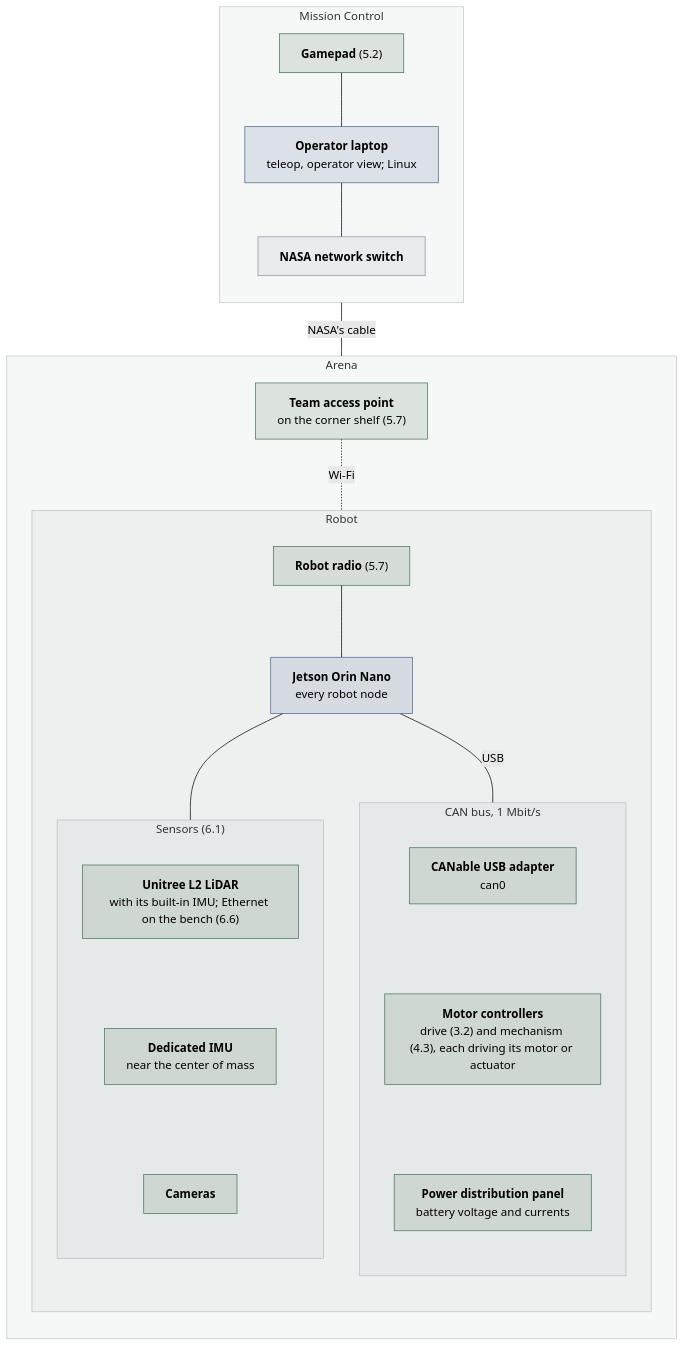
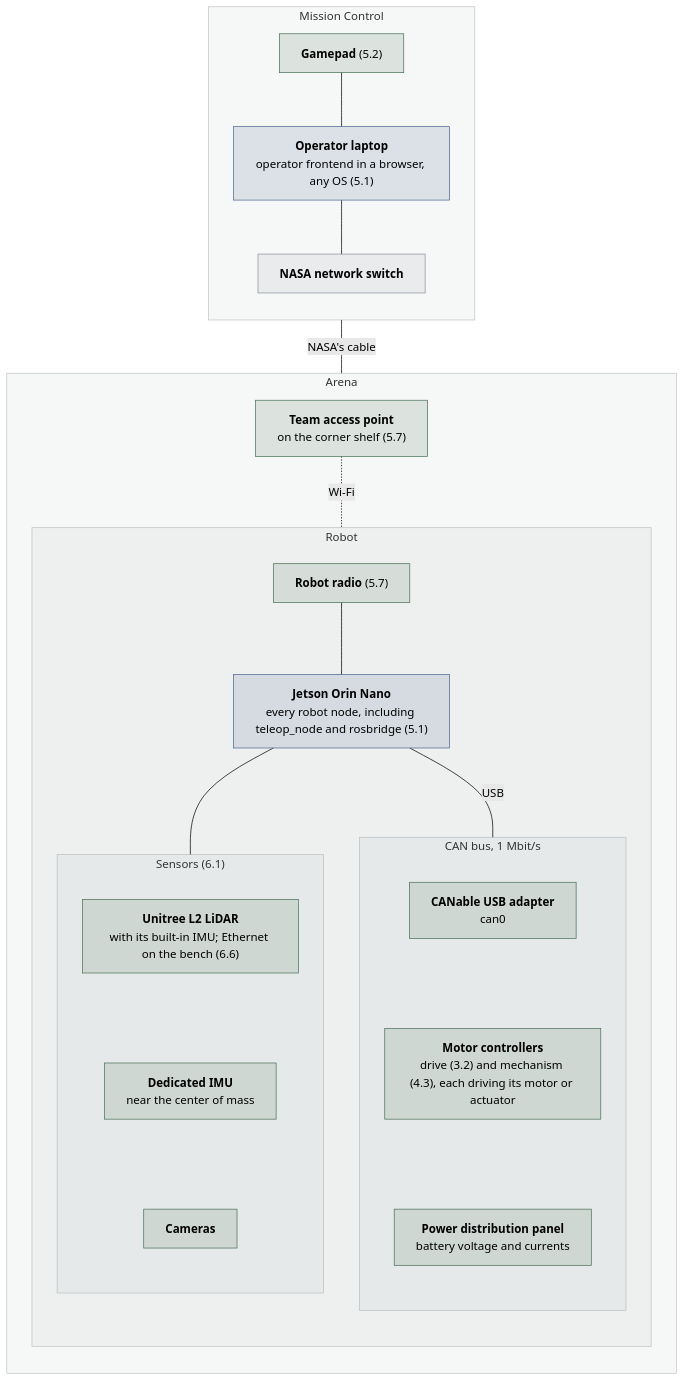
One commit to STAR-Robotics-Team/starrt-luna-software changed the first of 2 diagrams in docs/design/system.md. Above: the diagram before and after it, drawn with Mermaid (forest theme). The commit also changed other lines of this file and 3 other files, not shown here.

First line of the commit message:
Match the design docs to the rosbridge operator station

````diff
--- a/docs/design/system.md
+++ b/docs/design/system.md
@@ -137,58 +137,58 @@
 ```mermaid
 ---
 config:
   flowchart:
     wrappingWidth: 240
 ---
 flowchart TB
   subgraph mcc["Mission Control"]
     direction TB
     pad["`**Gamepad** (5.2)`"] --- laptop["`**Operator laptop**
-teleop, operator view; Linux`"]
+operator frontend in a browser, any OS (5.1)`"]
     laptop --- sw["`**NASA network switch**`"]
   end
   subgraph arena["Arena"]
     direction TB
     ap["`**Team access point**
 on the corner shelf (5.7)`"]
     subgraph robot["Robot"]
       direction TB
       radio["`**Robot radio** (5.7)`"] --- jetson["`**Jetson Orin Nano**
-every robot node`"]
+every robot node, including teleop_node and rosbridge (5.1)`"]
       jetson ---|USB| can
       subgraph can["CAN bus, 1 Mbit/s"]
         direction TB
         canable["`**CANable USB adapter**
 can0`"]
         ctrl["`**Motor controllers**
 drive (3.2) and mechanism (4.3), each driving its motor or actuator`"]
         pdp["`**Power distribution panel**
 battery voltage and currents`"]
         canable ~~~ ctrl ~~~ pdp
       end
       jetson --- sensors
       subgraph sensors["Sensors (6.1)"]
         direction TB
         lidar["`**Unitree L2 LiDAR**
 with its built-in IMU; Ethernet on the bench (6.6)`"]
         imu["`**Dedicated IMU**
 near the center of mass`"]
         cams["`**Cameras**`"]
         lidar ~~~ imu ~~~ cams
       end
     end
   end
   sw ---|NASA's cable| ap
   ap -.-|Wi-Fi| radio
   classDef ours fill:#4c669026,stroke:#4c6690
   classDef nasa fill:#8b939c1f,stroke:#8b939c
   classDef hw fill:#4a725926,stroke:#4a7259
   class laptop,jetson ours
   class sw nasa
   class pad,ap,radio,canable,ctrl,pdp,lidar,imu,cams hw
   style mcc fill:#8b939c14,stroke:#8b939c80
   style arena fill:#8b939c14,stroke:#8b939c80
   style robot fill:#8b939c14,stroke:#8b939c80
   style can fill:#8b939c14,stroke:#8b939c80
   style sensors fill:#8b939c14,stroke:#8b939c80
 ```
````
